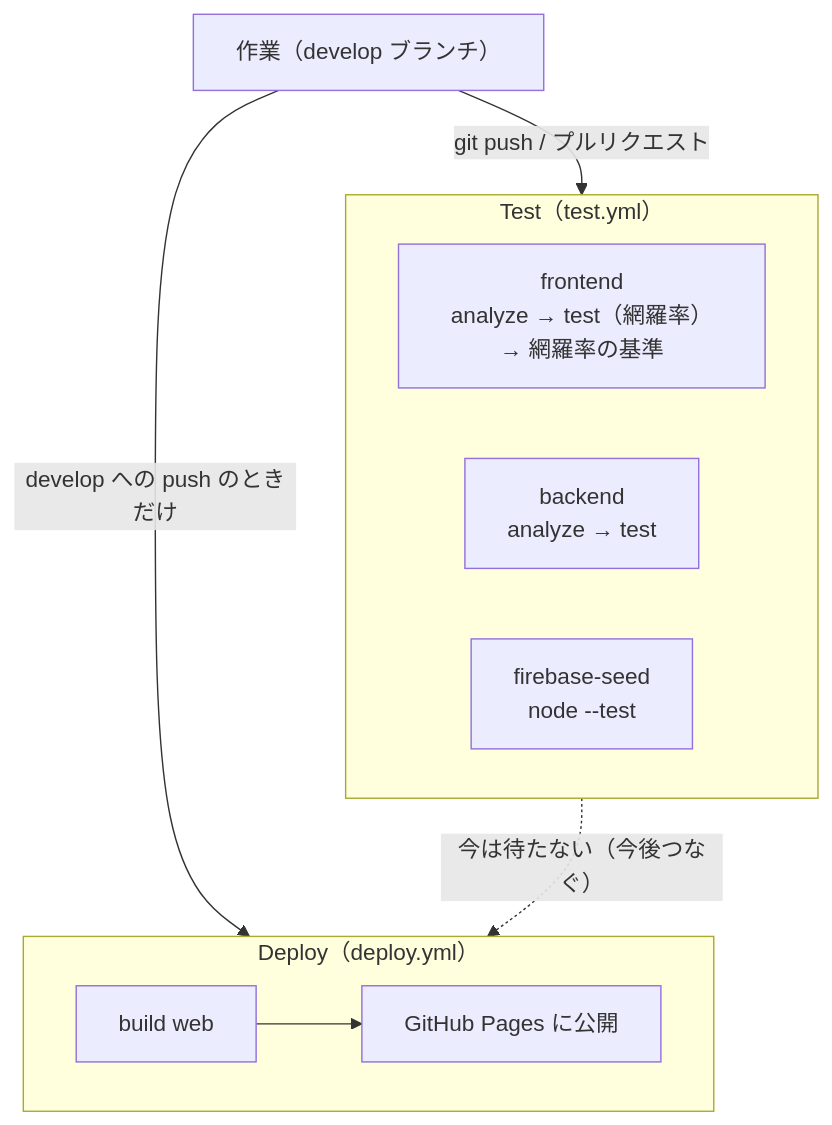
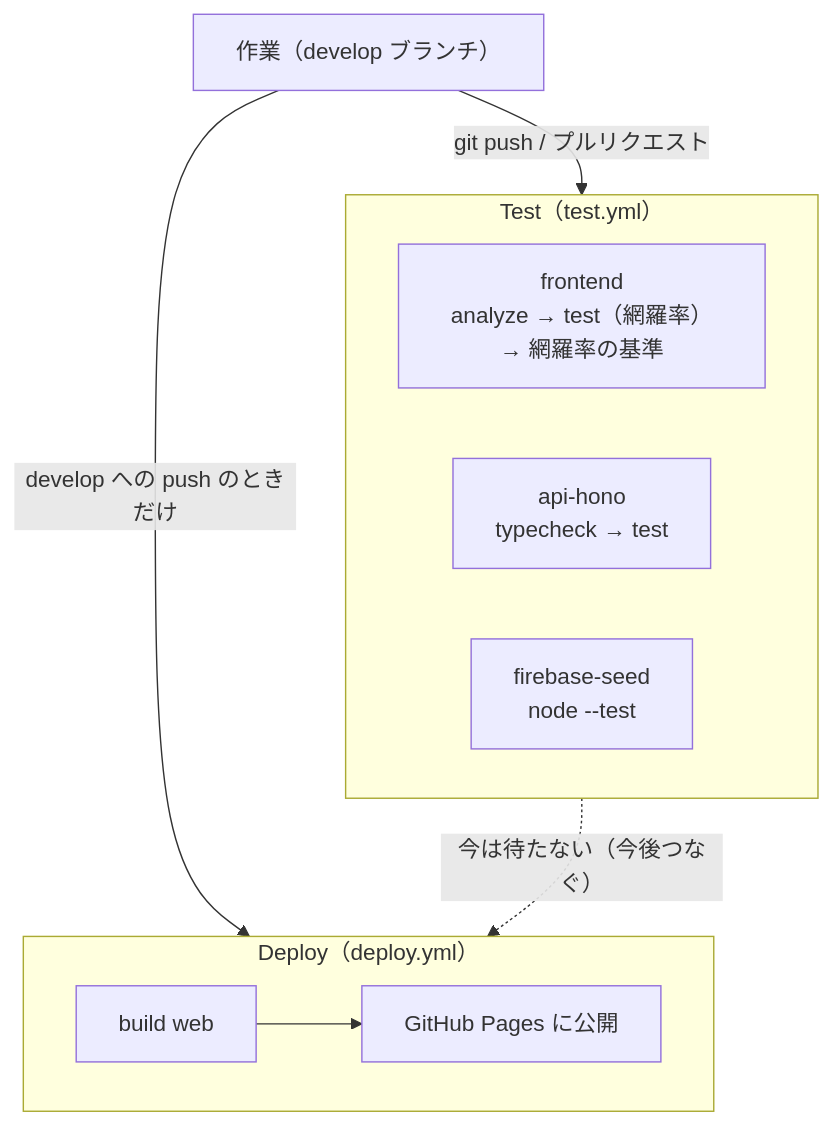
The first of 2 diagrams in docs/ci/ci-design.md (sigu-f7a231/dev-portfolio-site), drawn with Mermaid before and after one commit. The commit also changed other lines of this file and 72 other files, not shown here.

First line of the commit message:
Hono の API（services/api-hono）を追加し、shelf の backend を削除

````diff
--- a/docs/ci/ci-design.md
+++ b/docs/ci/ci-design.md
@@ -9,16 +9,16 @@
 ```mermaid
 flowchart TB
   dev["作業（develop ブランチ）"] -- "git push / プルリクエスト" --> test
   dev -- "develop への push のときだけ" --> deploy
   subgraph test["Test（test.yml）"]
     direction LR
     fe["frontend<br/>analyze → test（網羅率）→ 網羅率の基準"]
-    be["backend<br/>analyze → test"]
+    be["api-hono<br/>typecheck → test"]
     fb["firebase-seed<br/>node --test"]
   end
   subgraph deploy["Deploy（deploy.yml）"]
     direction LR
     build["build web"] --> pages["GitHub Pages に公開"]
   end
   test -. "今は待たない（今後つなぐ）" .-> deploy
 ```
````
